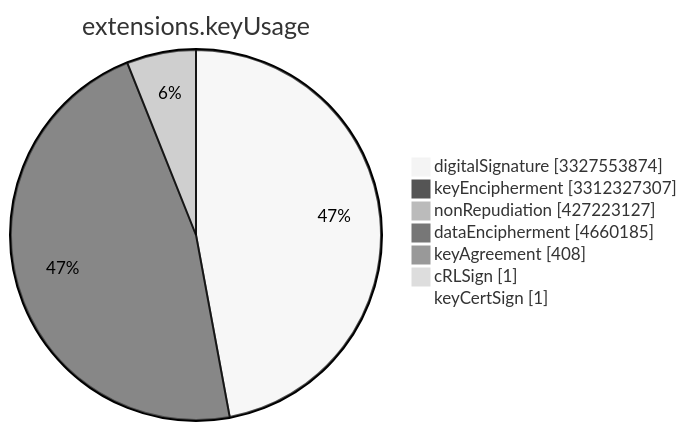
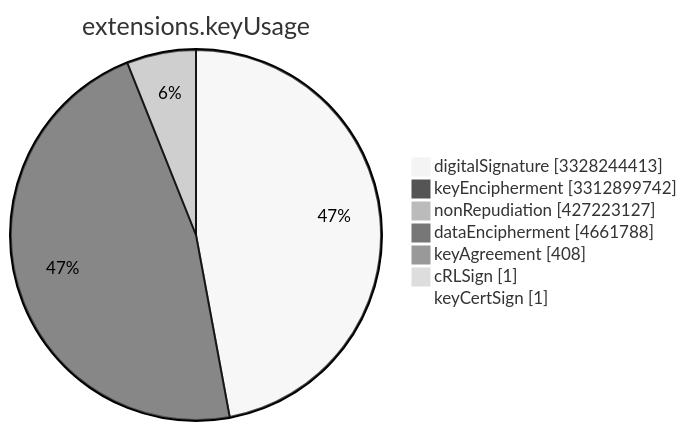
Before and after one commit to christiankrug/ctmonitor_visualization: the sixth of 15 diagrams in TOTAL/README.md, drawn with Mermaid (neutral theme). The commit also changed other lines of this file, not shown here.

````diff
--- a/TOTAL/README.md
+++ b/TOTAL/README.md
@@ -3078,11 +3078,11 @@
 ```mermaid
 pie showData
 title extensions.keyUsage
-"digitalSignature" :3327553874
-"keyEncipherment" :3312327307
+"digitalSignature" :3328244413
+"keyEncipherment" :3312899742
 "nonRepudiation" :427223127
-"dataEncipherment" :4660185
+"dataEncipherment" :4661788
 "keyAgreement" :408
 "cRLSign" :1
 "keyCertSign" :1
 ```
````
